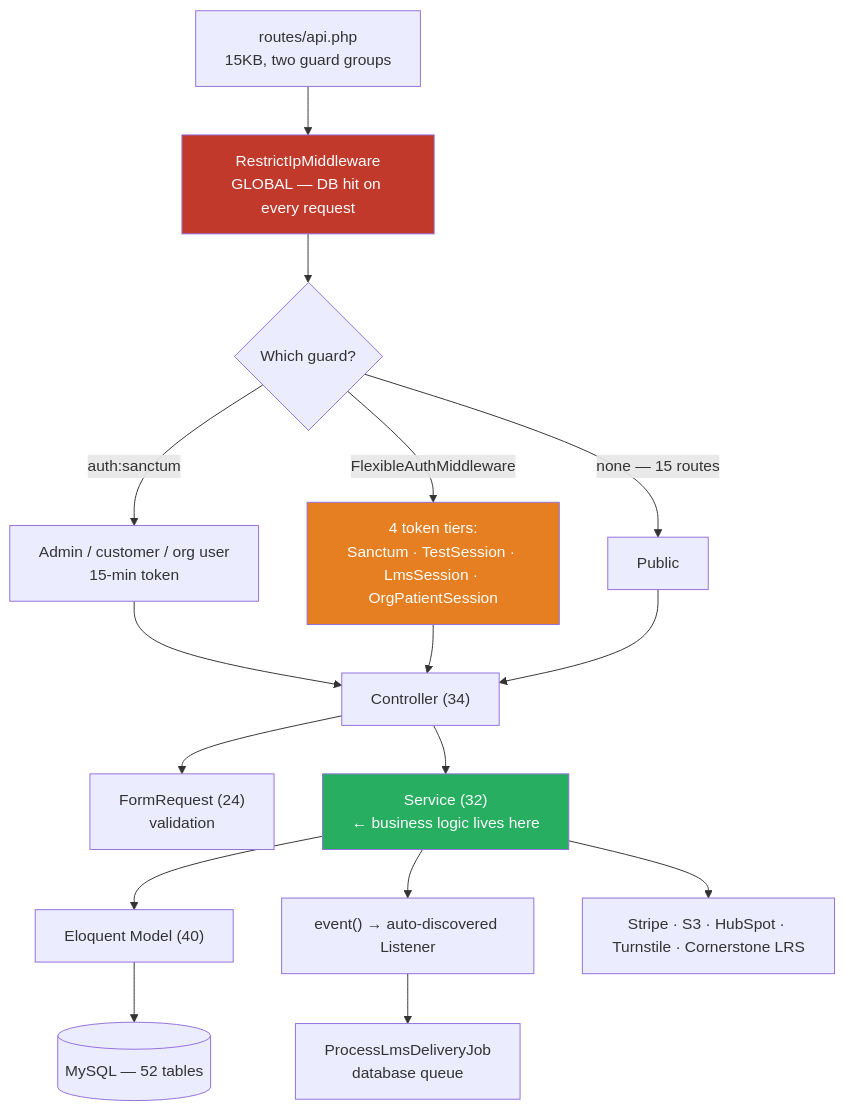
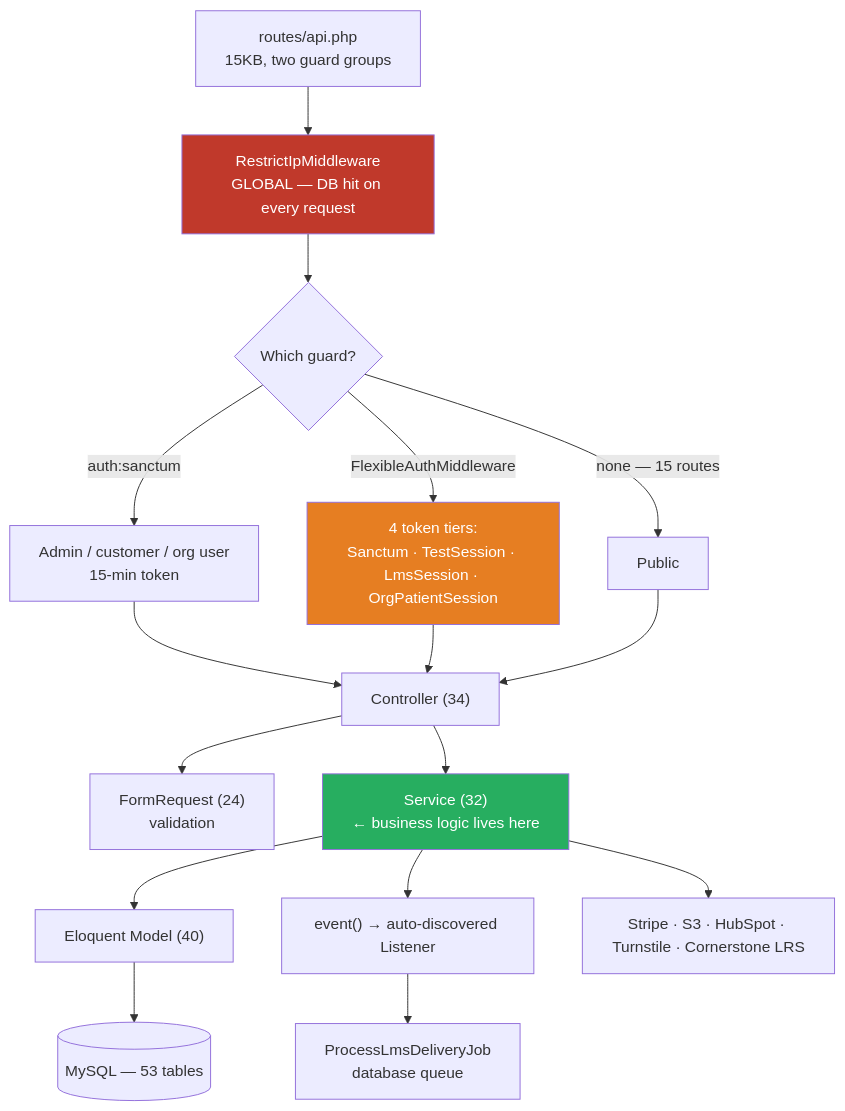
The diagram in AI_KNOWLEDGE_BASE/ARCHITECTURE_REALITY.md (Waggoner-Diagnostics/tcv_ai_knowledge_base), drawn with Mermaid before and after one commit. The commit also changed other lines of this file and 28 other files, not shown here.

````diff
--- a/AI_KNOWLEDGE_BASE/ARCHITECTURE_REALITY.md
+++ b/AI_KNOWLEDGE_BASE/ARCHITECTURE_REALITY.md
@@ -137,22 +137,22 @@
 ```mermaid
 graph TD
     R["routes/api.php<br/>15KB, two guard groups"] --> G["RestrictIpMiddleware<br/>GLOBAL — DB hit on every request"]
     G --> A{"Which guard?"}
     A -->|"auth:sanctum"| S1["Admin / customer / org user<br/>15-min token"]
     A -->|"FlexibleAuthMiddleware"| S2["4 token tiers:<br/>Sanctum · TestSession · LmsSession · OrgPatientSession"]
     A -->|"none — 15 routes"| S3["Public"]
     S1 --> C["Controller (34)"]
     S2 --> C
     S3 --> C
     C --> FR["FormRequest (24)<br/>validation"]
     C --> SV["Service (32)<br/>← business logic lives here"]
     SV --> M["Eloquent Model (40)"]
     SV --> EV["event() → auto-discovered Listener"]
     EV --> J["ProcessLmsDeliveryJob<br/>database queue"]
     SV --> EXT["Stripe · S3 · HubSpot · Turnstile · Cornerstone LRS"]
-    M --> DB[("MySQL — 52 tables")]
+    M --> DB[("MySQL — 53 tables")]
 
     style G fill:#c0392b,color:#fff
     style S2 fill:#e67e22,color:#fff
     style SV fill:#27ae60,color:#fff
 ```
````
